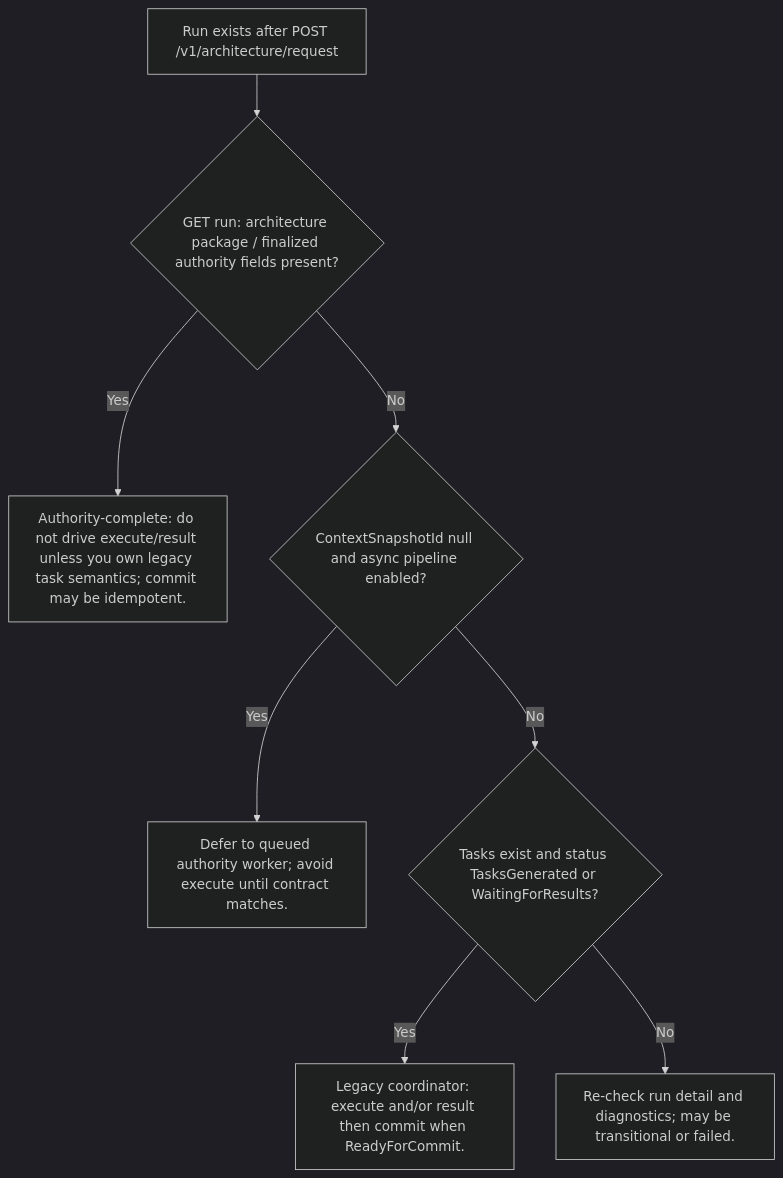
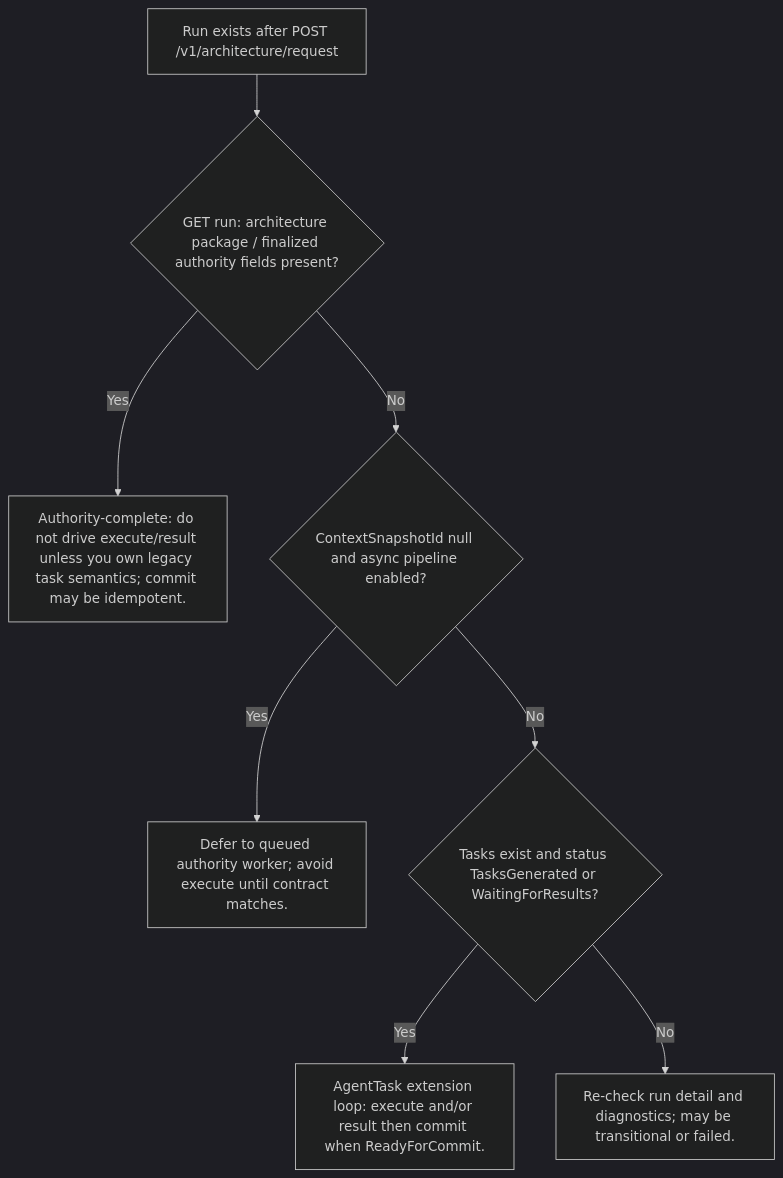
Before and after one commit to joefrancisGA/ArchLucid: the diagram in docs/library/ARCHITECTURE_FLOWS.md, drawn with Mermaid (dark theme). The commit also changed other lines of this file and 19 other files, not shown here.

````diff
--- a/docs/library/ARCHITECTURE_FLOWS.md
+++ b/docs/library/ARCHITECTURE_FLOWS.md
@@ -40,10 +40,10 @@
 ```mermaid
 flowchart TD
   A[Run exists after POST /v1/architecture/request] --> B{GET run: architecture package / finalized authority fields present?}
   B -->|Yes| C[Authority-complete: do not drive execute/result unless you own legacy task semantics; commit may be idempotent.]
   B -->|No| D{ContextSnapshotId null and async pipeline enabled?}
   D -->|Yes| E[Defer to queued authority worker; avoid execute until contract matches.]
   D -->|No| F{Tasks exist and status TasksGenerated or WaitingForResults?}
-  F -->|Yes| G[Legacy coordinator: execute and/or result then commit when ReadyForCommit.]
+  F -->|Yes| G[AgentTask extension loop: execute and/or result then commit when ReadyForCommit.]
   F -->|No| H[Re-check run detail and diagnostics; may be transitional or failed.]
 ```
````
